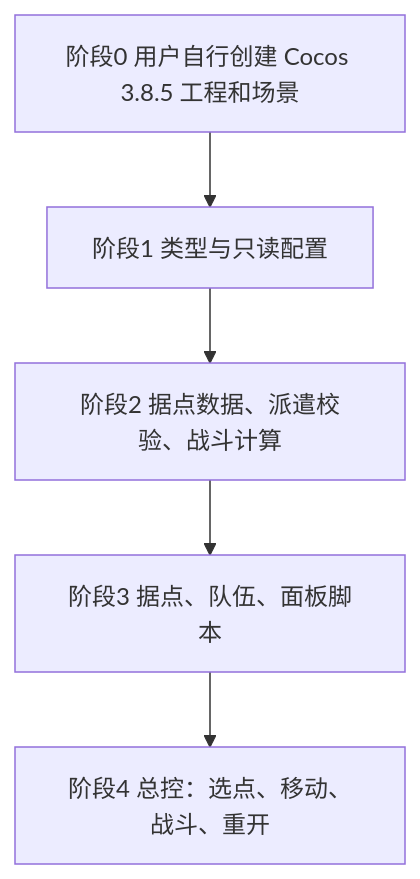
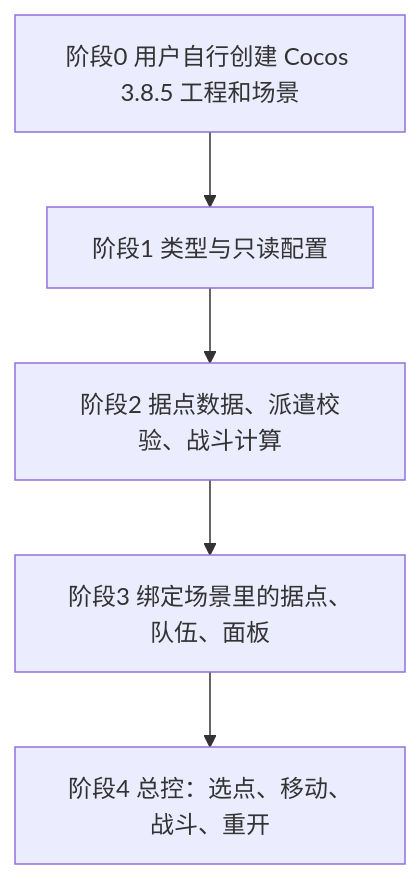
One commit to king2403504212/BattleForStronghold changed the second of 2 diagrams in .cursor/skills/stronghold-battle-design/SKILL.md. Above: the diagram before and after it, drawn with Mermaid. The commit also changed other lines of this file and 12 other files, not shown here.

````diff
--- a/.cursor/skills/stronghold-battle-design/SKILL.md
+++ b/.cursor/skills/stronghold-battle-design/SKILL.md
@@ -37,7 +84,7 @@
 ```mermaid
 flowchart TD
   P0["阶段0 用户自行创建 Cocos 3.8.5 工程和场景"] --> P1["阶段1 类型与只读配置"]
   P1 --> P2["阶段2 据点数据、派遣校验、战斗计算"]
-  P2 --> P3["阶段3 据点、队伍、面板脚本"]
+  P2 --> P3["阶段3 绑定场景里的据点、队伍、面板"]
   P3 --> P4["阶段4 总控：选点、移动、战斗、重开"]
 ```
````
